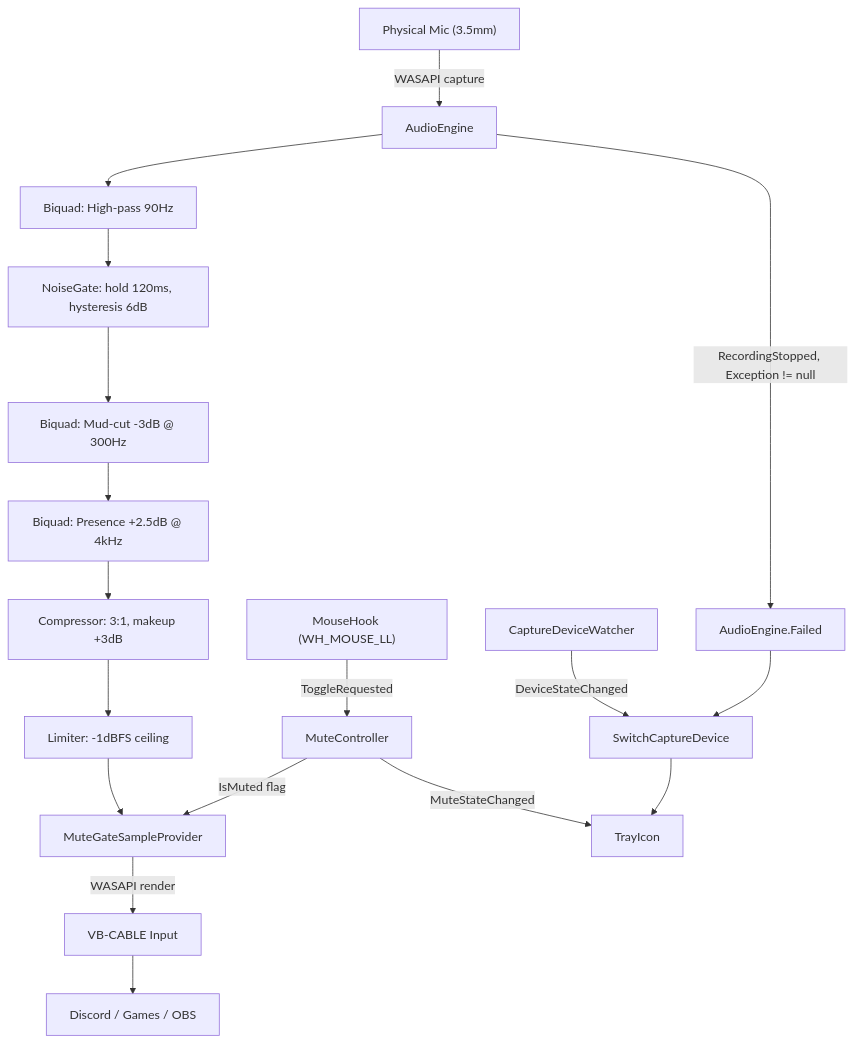
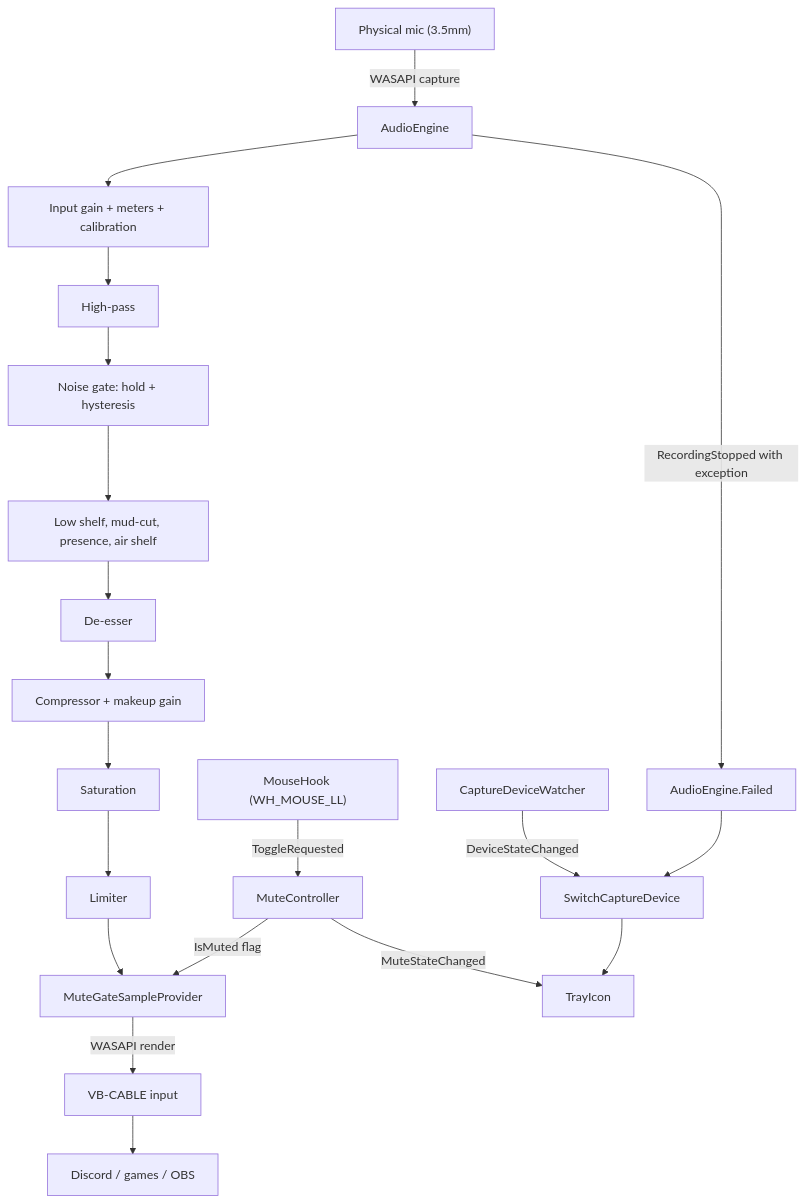
The first of 2 diagrams in README.md (yassine-krichen/noelmic-discord-virtual-mic-dsp), drawn with Mermaid before and after one commit. The commit also changed other lines of this file and 10 other files, not shown here.

````diff
--- a/README.md
+++ b/README.md
@@ -66,22 +37,24 @@
 ```mermaid
 graph TD
-    Mic["Physical Mic (3.5mm)"] -->|WASAPI capture| Capture[AudioEngine]
-    Capture --> HPF["Biquad: High-pass 90Hz"]
-    HPF --> Gate["NoiseGate: hold 120ms, hysteresis 6dB"]
-    Gate --> MudCut["Biquad: Mud-cut -3dB @ 300Hz"]
-    MudCut --> Presence["Biquad: Presence +2.5dB @ 4kHz"]
-    Presence --> Comp["Compressor: 3:1, makeup +3dB"]
-    Comp --> Lim["Limiter: -1dBFS ceiling"]
+    Mic["Physical mic (3.5mm)"] -->|WASAPI capture| Capture[AudioEngine]
+    Capture --> Gain["Input gain + meters + calibration"]
+    Gain --> HPF["High-pass"]
+    HPF --> Gate["Noise gate: hold + hysteresis"]
+    Gate --> EQ["Low shelf, mud-cut, presence, air shelf"]
+    EQ --> DeEss["De-esser"]
+    DeEss --> Comp["Compressor + makeup gain"]
+    Comp --> Sat["Saturation"]
+    Sat --> Lim["Limiter"]
     Lim --> MuteGate["MuteGateSampleProvider"]
-    MuteGate -->|WASAPI render| Cable["VB-CABLE Input"]
-    Cable --> Apps["Discord / Games / OBS"]
+    MuteGate -->|WASAPI render| Cable["VB-CABLE input"]
+    Cable --> Apps["Discord / games / OBS"]
 
     Hook["MouseHook (WH_MOUSE_LL)"] -->|ToggleRequested| MuteCtl["MuteController"]
     MuteCtl -->|IsMuted flag| MuteGate
     MuteCtl -->|MuteStateChanged| Tray["TrayIcon"]
 
     Watcher["CaptureDeviceWatcher"] -->|DeviceStateChanged| Recovery["SwitchCaptureDevice"]
-    Capture -->|RecordingStopped, Exception != null| Failed["AudioEngine.Failed"]
+    Capture -->|RecordingStopped with exception| Failed["AudioEngine.Failed"]
     Failed --> Recovery
     Recovery --> Tray
 ```
````
